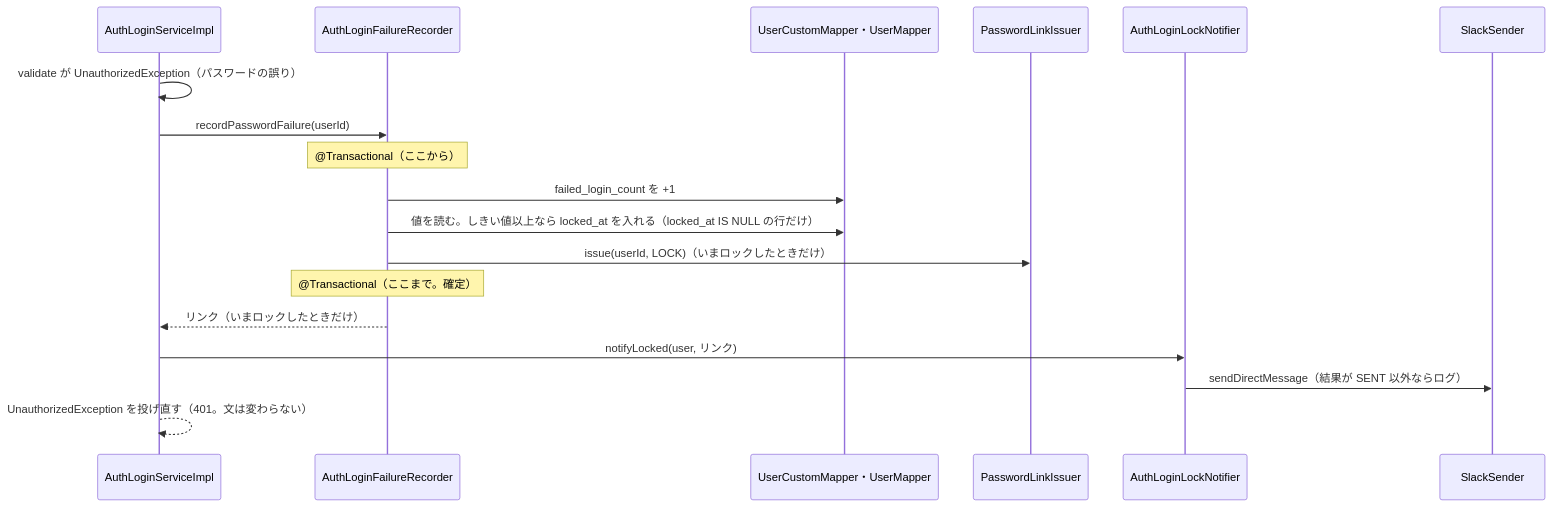
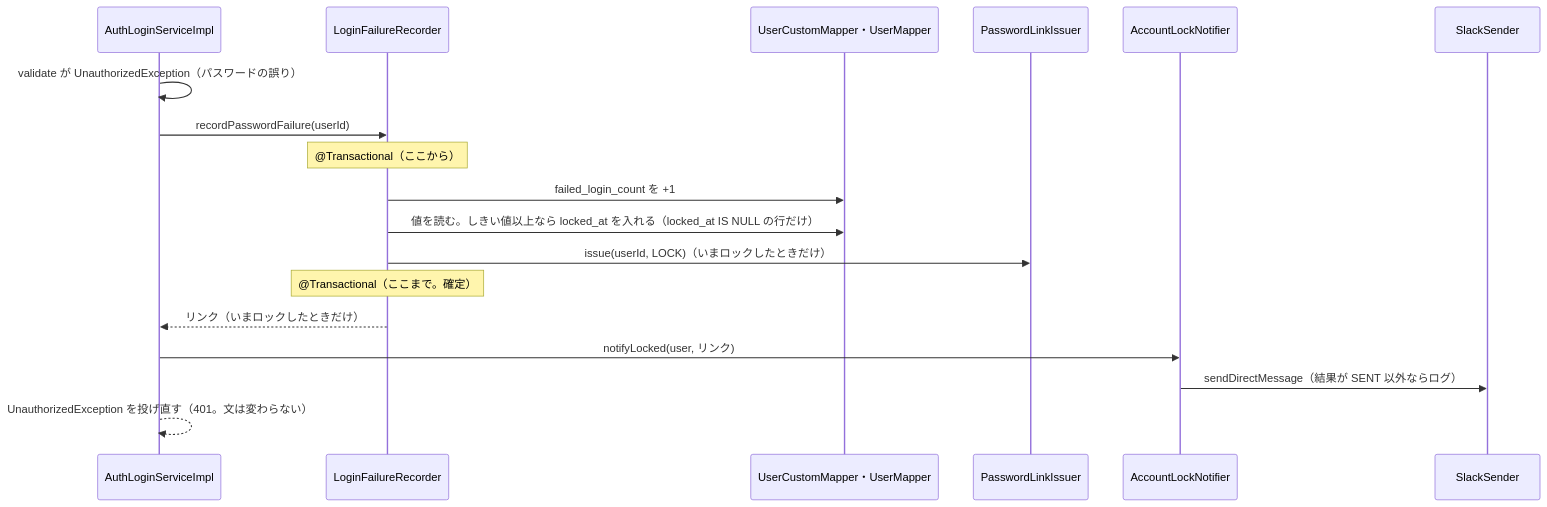
The second of 2 diagrams in internaldesign/詳細設計/auth/A-01_ログイン.md (sekiyak611/EquipmentManagementSystem_Document), drawn with Mermaid before and after one commit. The commit also changed other lines of this file and 5 other files, not shown here.

````diff
--- a/internaldesign/詳細設計/auth/A-01_ログイン.md
+++ b/internaldesign/詳細設計/auth/A-01_ログイン.md
@@ -157,20 +157,20 @@
 ```mermaid
 sequenceDiagram
     participant AuthLoginServiceImpl
-    participant AuthLoginFailureRecorder
+    participant LoginFailureRecorder
     participant Mapper as UserCustomMapper・UserMapper
     participant PasswordLinkIssuer
-    participant AuthLoginLockNotifier
+    participant AccountLockNotifier
     participant SlackSender
     AuthLoginServiceImpl->>AuthLoginServiceImpl: validate が UnauthorizedException（パスワードの誤り）
-    AuthLoginServiceImpl->>AuthLoginFailureRecorder: recordPasswordFailure(userId)
-    Note over AuthLoginFailureRecorder: @Transactional（ここから）
-    AuthLoginFailureRecorder->>Mapper: failed_login_count を +1
-    AuthLoginFailureRecorder->>Mapper: 値を読む。しきい値以上なら locked_at を入れる（locked_at IS NULL の行だけ）
-    AuthLoginFailureRecorder->>PasswordLinkIssuer: issue(userId, LOCK)（いまロックしたときだけ）
-    Note over AuthLoginFailureRecorder: @Transactional（ここまで。確定）
-    AuthLoginFailureRecorder-->>AuthLoginServiceImpl: リンク（いまロックしたときだけ）
-    AuthLoginServiceImpl->>AuthLoginLockNotifier: notifyLocked(user, リンク)
-    AuthLoginLockNotifier->>SlackSender: sendDirectMessage（結果が SENT 以外ならログ）
+    AuthLoginServiceImpl->>LoginFailureRecorder: recordPasswordFailure(userId)
+    Note over LoginFailureRecorder: @Transactional（ここから）
+    LoginFailureRecorder->>Mapper: failed_login_count を +1
+    LoginFailureRecorder->>Mapper: 値を読む。しきい値以上なら locked_at を入れる（locked_at IS NULL の行だけ）
+    LoginFailureRecorder->>PasswordLinkIssuer: issue(userId, LOCK)（いまロックしたときだけ）
+    Note over LoginFailureRecorder: @Transactional（ここまで。確定）
+    LoginFailureRecorder-->>AuthLoginServiceImpl: リンク（いまロックしたときだけ）
+    AuthLoginServiceImpl->>AccountLockNotifier: notifyLocked(user, リンク)
+    AccountLockNotifier->>SlackSender: sendDirectMessage（結果が SENT 以外ならログ）
     AuthLoginServiceImpl-->>AuthLoginServiceImpl: UnauthorizedException を投げ直す（401。文は変わらない）
 ```
````
